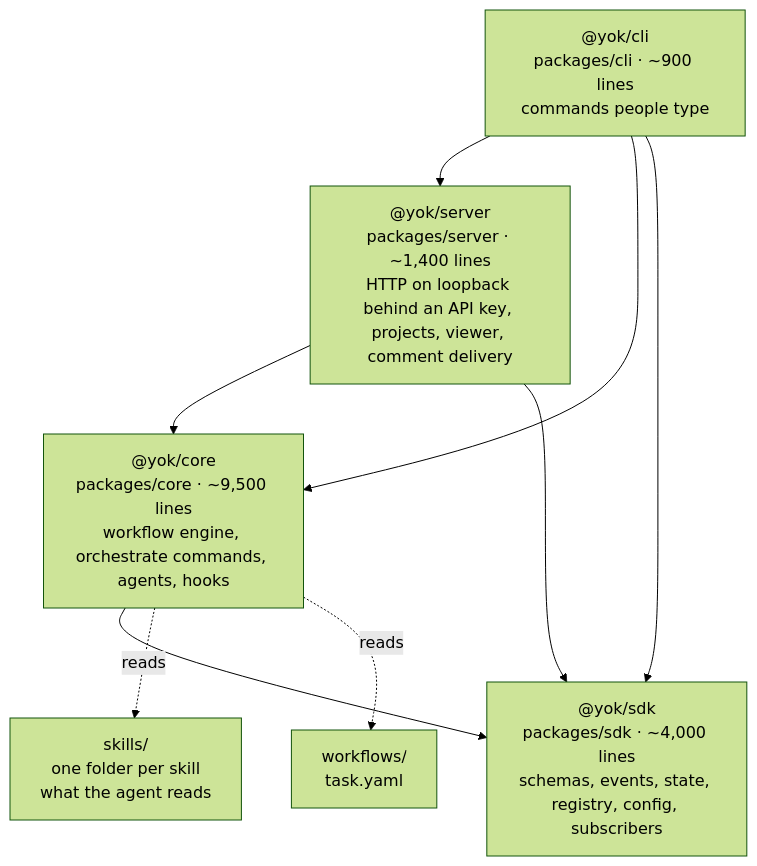
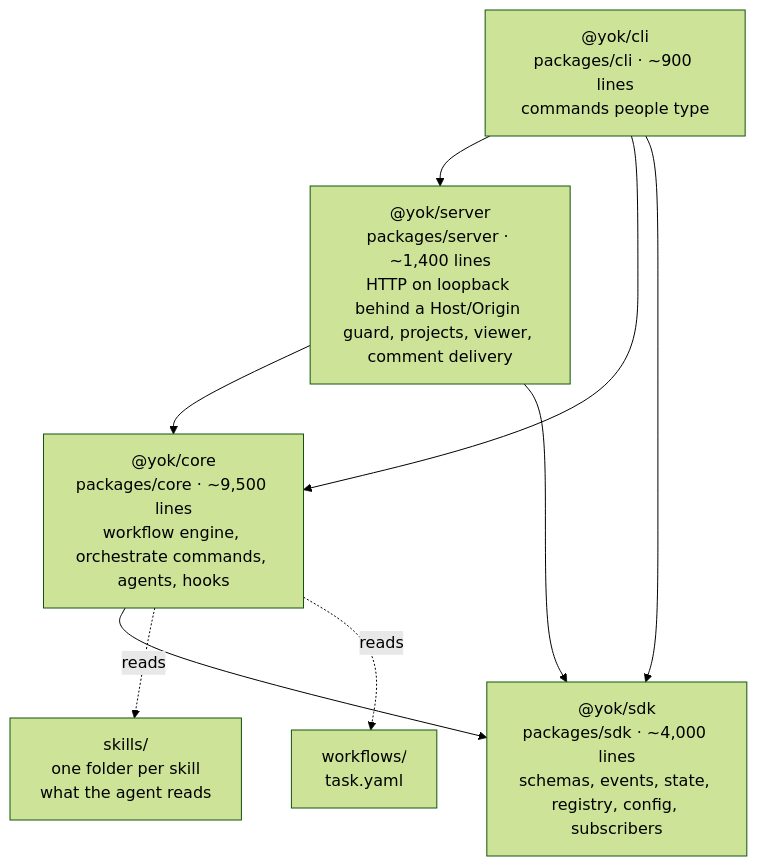
One commit to vertexcover-io/yok changed the first of 2 diagrams in docs/guide/04-architecture.md. Above: the diagram before and after it, drawn with Mermaid (forest theme). The commit also changed other lines of this file and 32 other files, not shown here.

First line of the commit message:
feat(server): serve the API under /api and the dashboard on one loopback port, with no key

````diff
--- a/docs/guide/04-architecture.md
+++ b/docs/guide/04-architecture.md
@@ -7,18 +7,18 @@
 ```mermaid
 flowchart TD
     cli["@yok/cli<br/>packages/cli · ~900 lines<br/>commands people type"]
-    server["@yok/server<br/>packages/server · ~1,400 lines<br/>HTTP on loopback behind an API key, projects, viewer, comment delivery"]
+    server["@yok/server<br/>packages/server · ~1,400 lines<br/>HTTP on loopback behind a Host/Origin guard, projects, viewer, comment delivery"]
     core["@yok/core<br/>packages/core · ~9,500 lines<br/>workflow engine, orchestrate commands, agents, hooks"]
     sdk["@yok/sdk<br/>packages/sdk · ~4,000 lines<br/>schemas, events, state, registry, config, subscribers"]
     skills["skills/<br/>one folder per skill<br/>what the agent reads"]
     workflows["workflows/<br/>task.yaml"]
 
     cli --> server
     cli --> core
     server --> core
     core --> sdk
     server --> sdk
     cli --> sdk
     core -.reads.-> skills
     core -.reads.-> workflows
 ```
````
